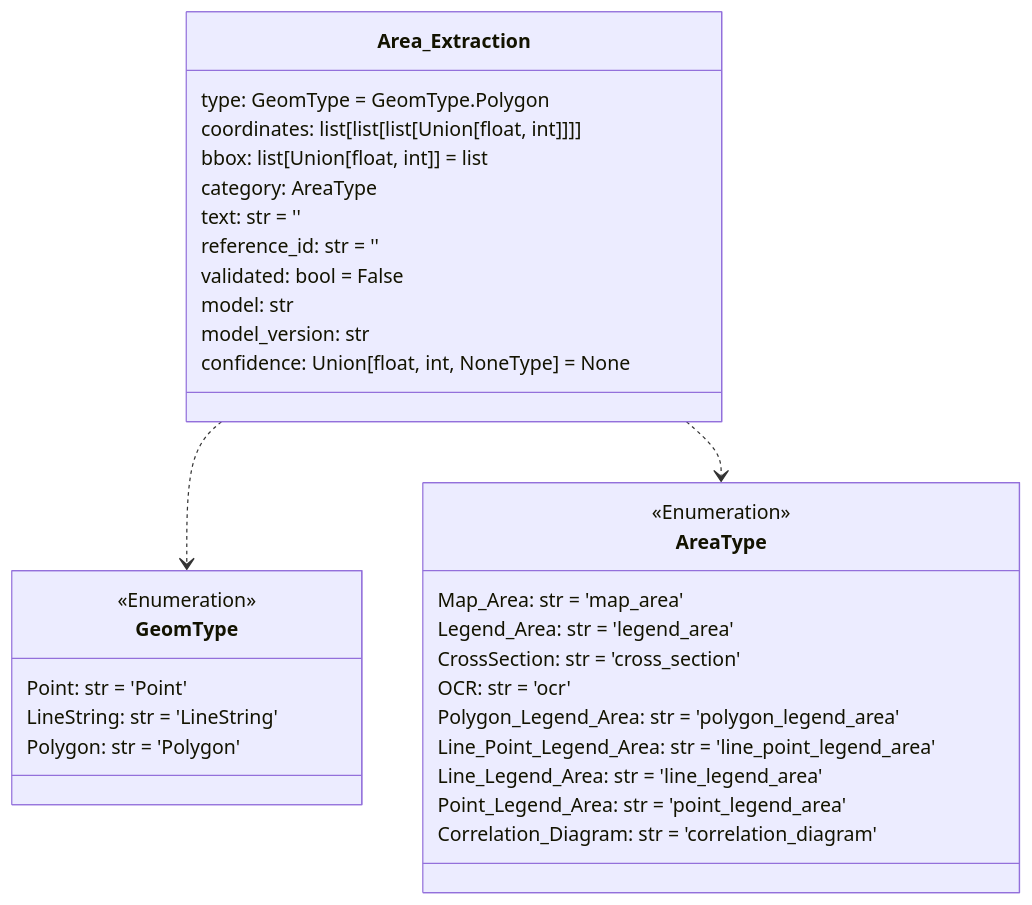
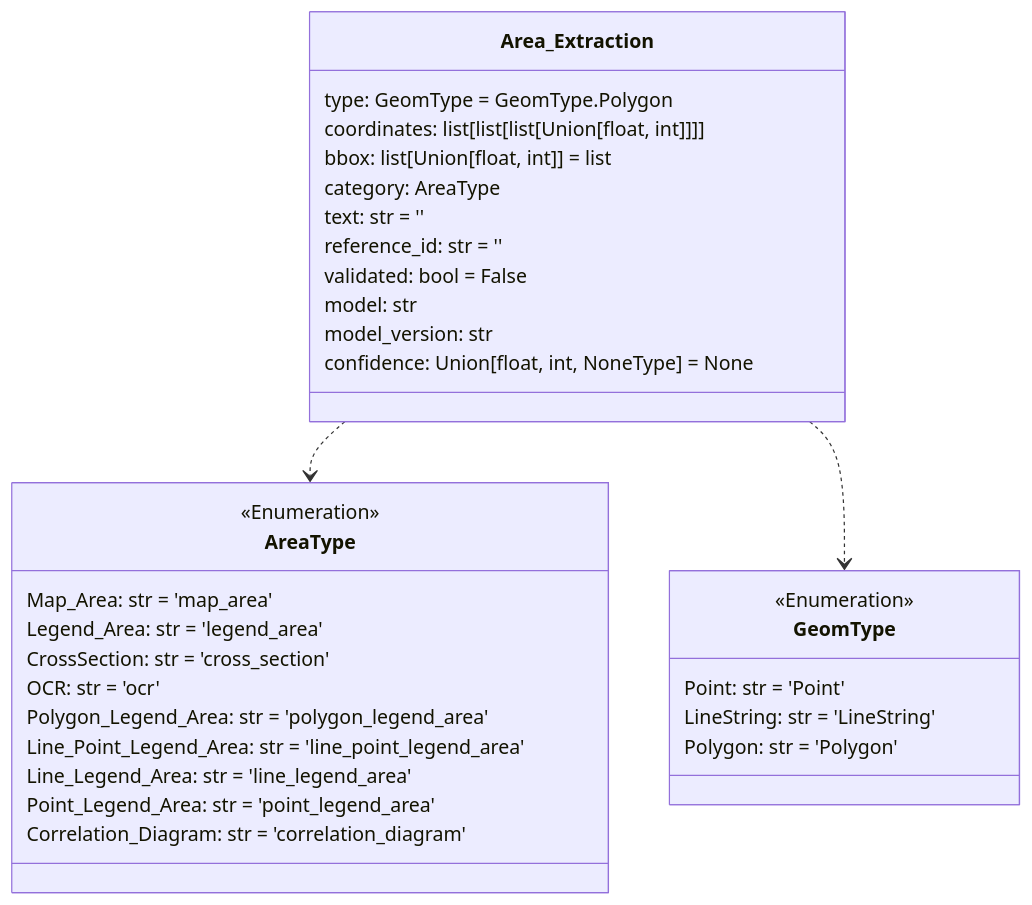
One commit to DARPA-CRITICALMAAS/cdr_schemas changed the first of 14 diagrams in README.md. Above: the diagram before and after it, drawn with Mermaid. The commit also changed other lines of this file and 1 other file, not shown here.

````diff
--- a/README.md
+++ b/README.md
@@ -68,41 +68,41 @@
 ```mermaid
 classDiagram
+
+    class AreaType {
+        <<Enumeration>>
+        Map_Area: str = 'map_area'
+        Legend_Area: str = 'legend_area'
+        CrossSection: str = 'cross_section'
+        OCR: str = 'ocr'
+        Polygon_Legend_Area: str = 'polygon_legend_area'
+        Line_Point_Legend_Area: str = 'line_point_legend_area'
+        Line_Legend_Area: str = 'line_legend_area'
+        Point_Legend_Area: str = 'point_legend_area'
+        Correlation_Diagram: str = 'correlation_diagram'
+    }
+
+    class GeomType {
+        <<Enumeration>>
+        Point: str = 'Point'
+        LineString: str = 'LineString'
+        Polygon: str = 'Polygon'
+    }
 
     class Area_Extraction {
         type: GeomType = GeomType.Polygon
         coordinates: list[list[list[Union[float, int]]]]
         bbox: list[Union[float, int]] = list
         category: AreaType
         text: str = ''
         reference_id: str = ''
         validated: bool = False
         model: str
         model_version: str
         confidence: Union[float, int, NoneType] = None
     }
 
-    class GeomType {
-        <<Enumeration>>
-        Point: str = 'Point'
-        LineString: str = 'LineString'
-        Polygon: str = 'Polygon'
-    }
-
-    class AreaType {
-        <<Enumeration>>
-        Map_Area: str = 'map_area'
-        Legend_Area: str = 'legend_area'
-        CrossSection: str = 'cross_section'
-        OCR: str = 'ocr'
-        Polygon_Legend_Area: str = 'polygon_legend_area'
-        Line_Point_Legend_Area: str = 'line_point_legend_area'
-        Line_Legend_Area: str = 'line_legend_area'
-        Point_Legend_Area: str = 'point_legend_area'
-        Correlation_Diagram: str = 'correlation_diagram'
-    }
-
+    Area_Extraction ..> AreaType
     Area_Extraction ..> GeomType
-    Area_Extraction ..> AreaType
 
 
 ```
````
